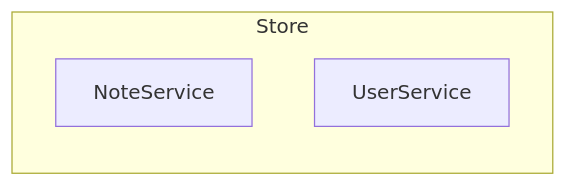
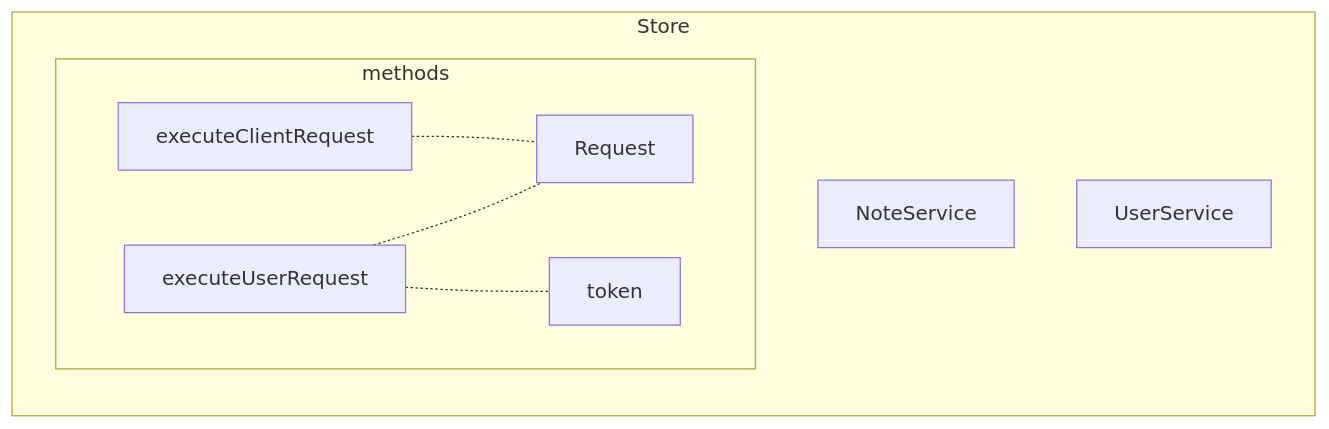
The first of 13 diagrams in aqueduct/todoapp/ui_part.md (gordianknotC/nxp_note), drawn with Mermaid before and after one commit. The commit also changed other lines of this file, not shown here.

Commit message:
aqueduct/todoapp/ui_part.md updated from https://stackedit.io/

````diff
--- a/aqueduct/todoapp/ui_part.md
+++ b/aqueduct/todoapp/ui_part.md
@@ -2,7 +2,13 @@
 ```mermaid
 graph LR
 subgraph Store
 	NoteService
 	UserService
+	subgraph methods
+		executeClientRequest -.- Request
+		executeUserRequest -.- Request
+		executeUserRequest -.- token
+		 
+	end
 end
 ```
````
